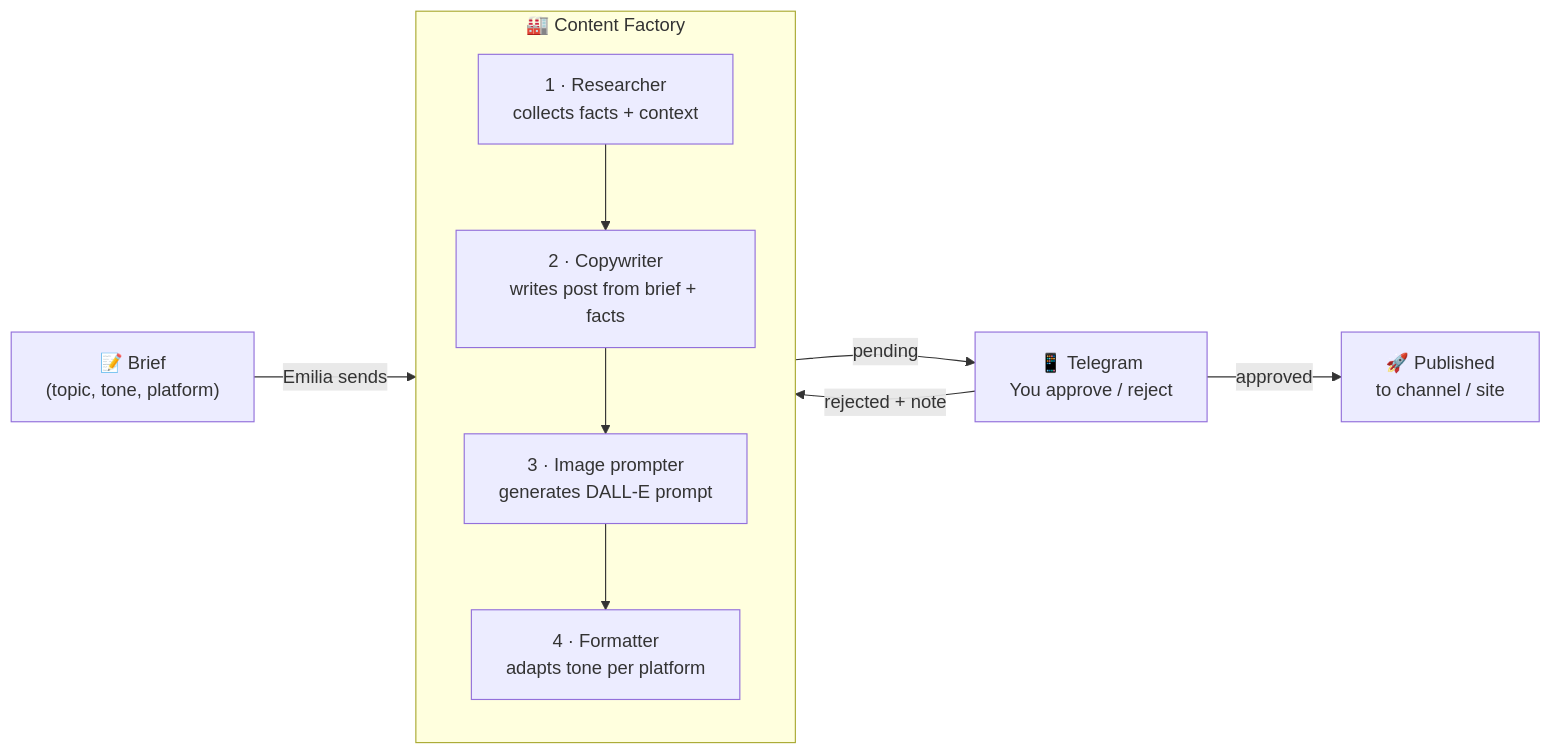
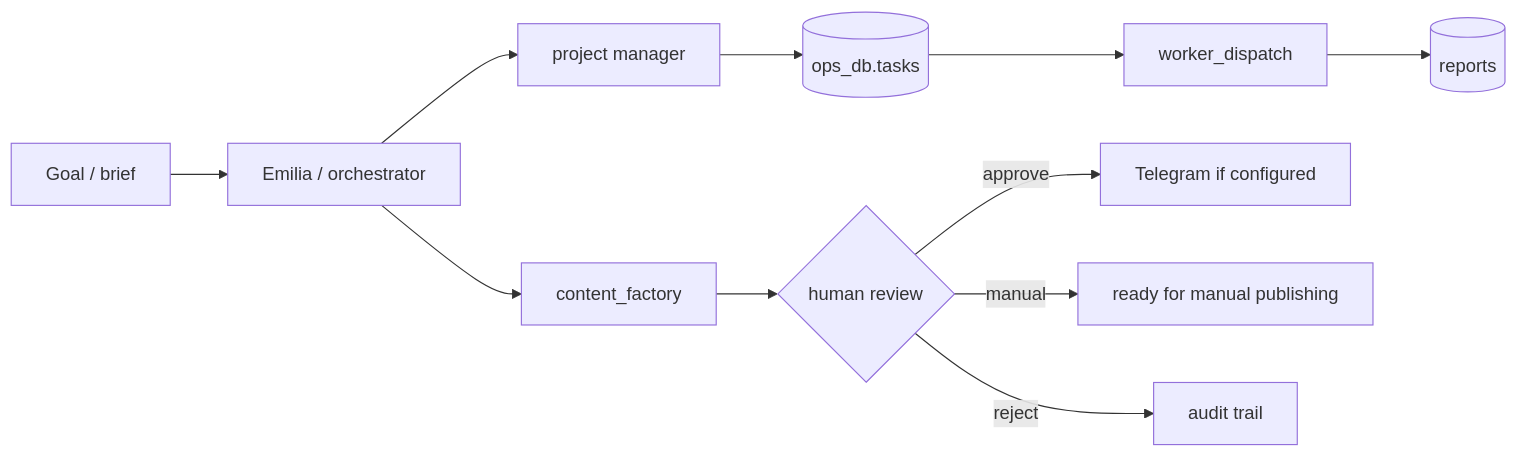
The second of 3 diagrams in README.md (Lenis45/Lenis45), drawn with Mermaid before and after one commit. The commit also changed other lines of this file, not shown here.

````diff
--- a/README.md
+++ b/README.md
@@ -128,16 +100,13 @@
 ```mermaid
 flowchart LR
-    B["📝 Brief\n(topic, tone, platform)"] -->|Emilia sends| CF
-
-    subgraph CF["🏭 Content Factory"]
-        direction TB
-        S1["1 · Researcher\ncollects facts + context"] --> S2
-        S2["2 · Copywriter\nwrites post from brief + facts"] --> S3
-        S3["3 · Image prompter\ngenerates DALL-E prompt"] --> S4
-        S4["4 · Formatter\nadapts tone per platform"]
-    end
-
-    CF -->|pending| TG["📱 Telegram\nYou approve / reject"]
-    TG -->|approved| PUB["🚀 Published\nto channel / site"]
-    TG -->|rejected + note| CF
+    Goal["Goal / brief"] --> Orchestrator["Emilia / orchestrator"]
+    Orchestrator --> PM["project manager"]
+    PM --> Queue[("ops_db.tasks")]
+    Queue --> Worker["worker_dispatch"]
+    Worker --> Reports[("reports")]
+    Orchestrator --> Content["content_factory"]
+    Content --> Review{"human review"}
+    Review -->|approve| Publish["Telegram if configured"]
+    Review -->|manual| Ready["ready for manual publishing"]
+    Review -->|reject| Archive["audit trail"]
 ```
````
